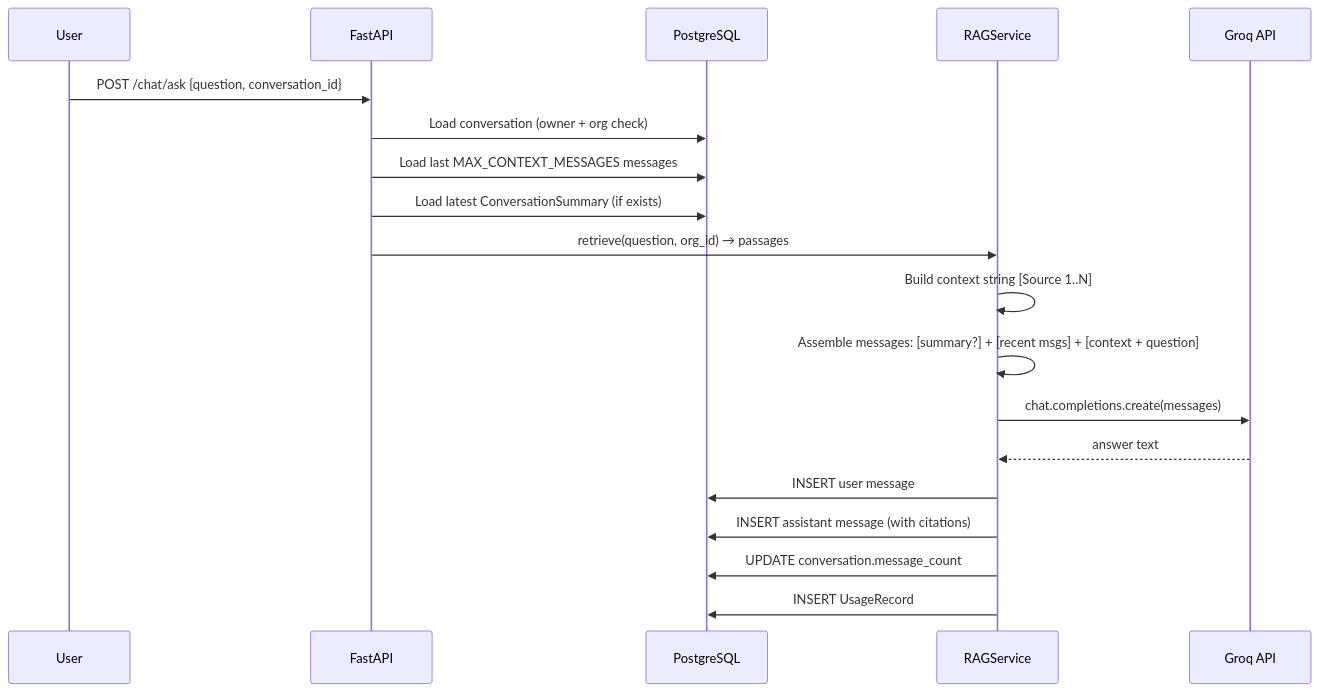
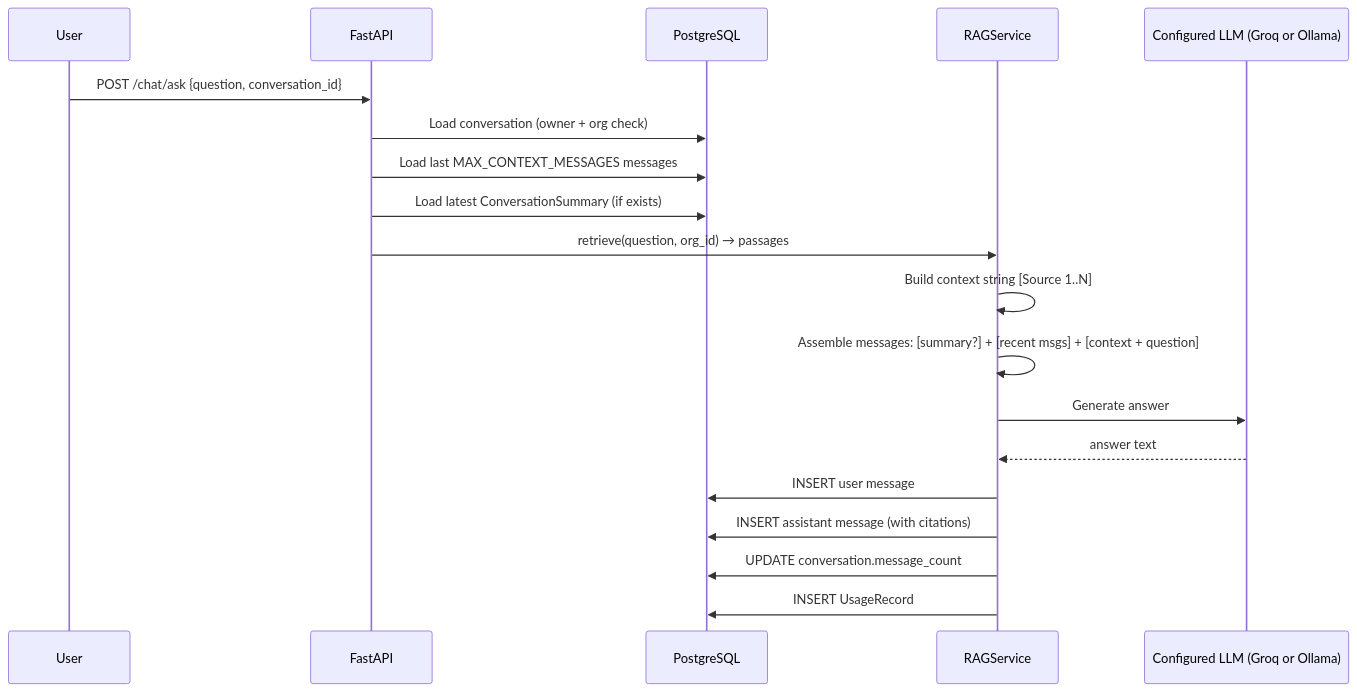
One commit to Abdulhaq6920/FIKRA-AI changed the diagram in docs/architecture/conversation-memory.md. Above: the diagram before and after it, drawn with Mermaid. The commit also changed 41 other files, not shown here.

````diff
--- a/docs/architecture/conversation-memory.md
+++ b/docs/architecture/conversation-memory.md
@@ -18,22 +18,22 @@
 ```mermaid
 sequenceDiagram
     participant U as User
     participant API as FastAPI
     participant DB as PostgreSQL
     participant RAG as RAGService
-    participant Groq as Groq API
+    participant LLM as Configured LLM (Groq or Ollama)
 
     U->>API: POST /chat/ask {question, conversation_id}
     API->>DB: Load conversation (owner + org check)
     API->>DB: Load last MAX_CONTEXT_MESSAGES messages
     API->>DB: Load latest ConversationSummary (if exists)
     API->>RAG: retrieve(question, org_id) → passages
     RAG->>RAG: Build context string [Source 1..N]
     RAG->>RAG: Assemble messages: [summary?] + [recent msgs] + [context + question]
-    RAG->>Groq: chat.completions.create(messages)
-    Groq-->>RAG: answer text
+    RAG->>LLM: Generate answer
+    LLM-->>RAG: answer text
     RAG->>DB: INSERT user message
     RAG->>DB: INSERT assistant message (with citations)
     RAG->>DB: UPDATE conversation.message_count
     RAG->>DB: INSERT UsageRecord
 ```
````
